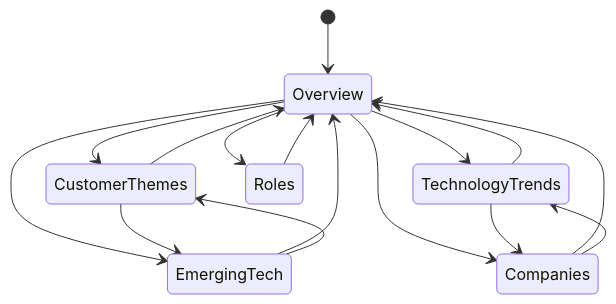
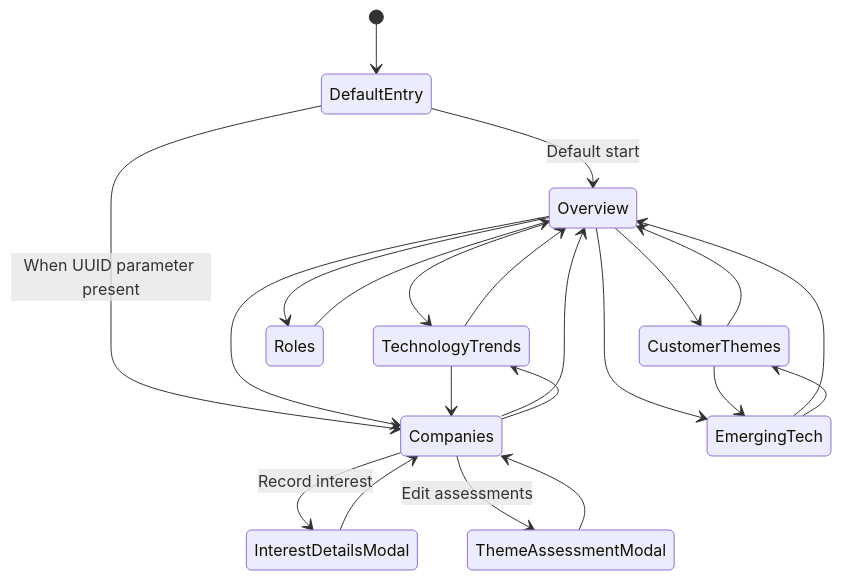
One commit to lucasjellema/brightspots-whitespots-webapp changed the second of 2 diagrams in Architecture.md. Above: the diagram before and after it, drawn with Mermaid. The commit also changed other lines of this file and 15 other files, not shown here.

````diff
--- a/Architecture.md
+++ b/Architecture.md
@@ -132,20 +210,28 @@
 ```mermaid
 stateDiagram-v2
-    [*] --> Overview
+    [*] --> DefaultEntry
+    DefaultEntry --> Overview: Default start
+    DefaultEntry --> Companies: When UUID parameter present
+    
     Overview --> CustomerThemes
     Overview --> EmergingTech
     Overview --> TechnologyTrends
     Overview --> Companies
     Overview --> Roles
     
     CustomerThemes --> Overview
     EmergingTech --> Overview
     TechnologyTrends --> Overview
     Companies --> Overview
     Roles --> Overview
     
     CustomerThemes --> EmergingTech
     EmergingTech --> CustomerThemes
     TechnologyTrends --> Companies
     Companies --> TechnologyTrends
+    
+    Companies --> InterestDetailsModal: Record interest
+    Companies --> ThemeAssessmentModal: Edit assessments
+    InterestDetailsModal --> Companies
+    ThemeAssessmentModal --> Companies
 ```
````
